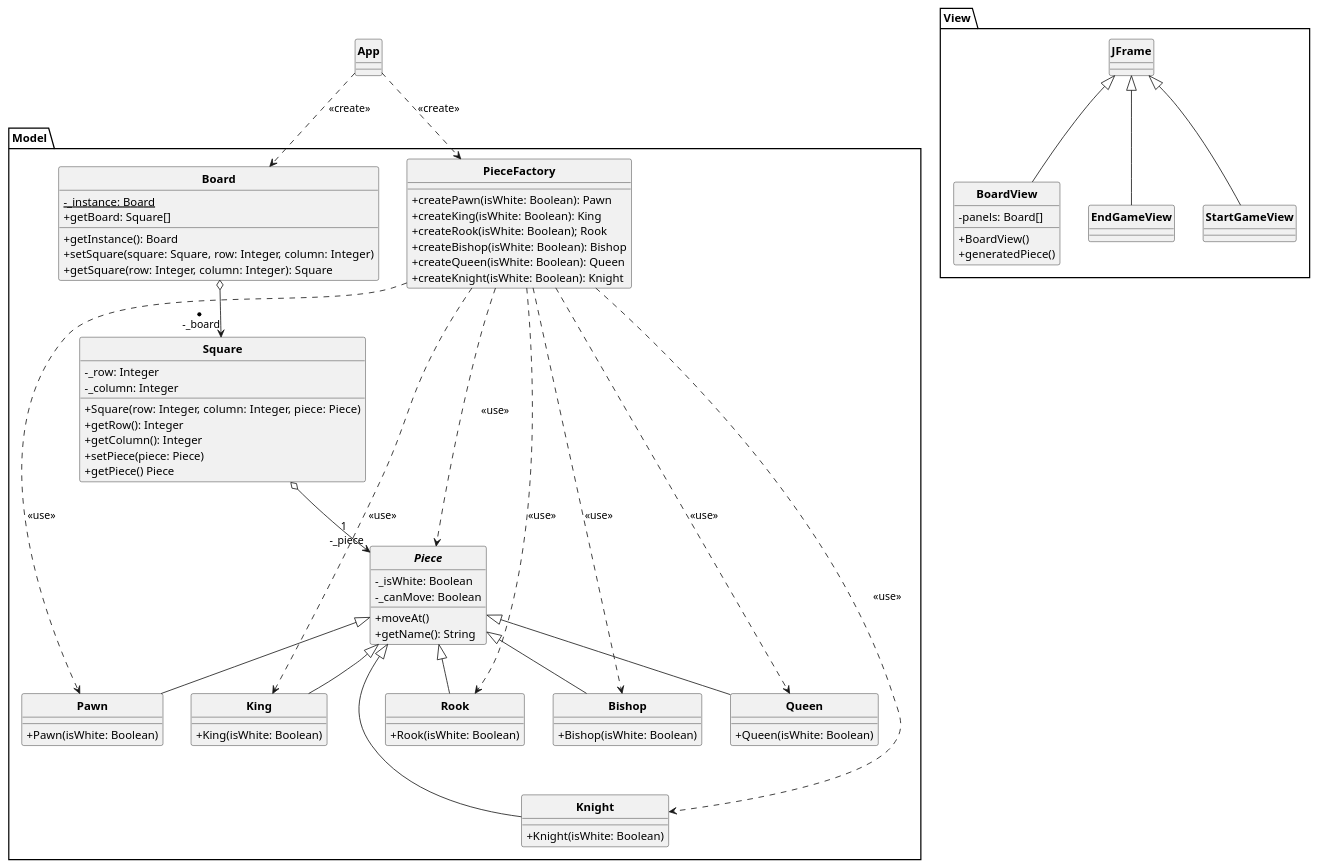
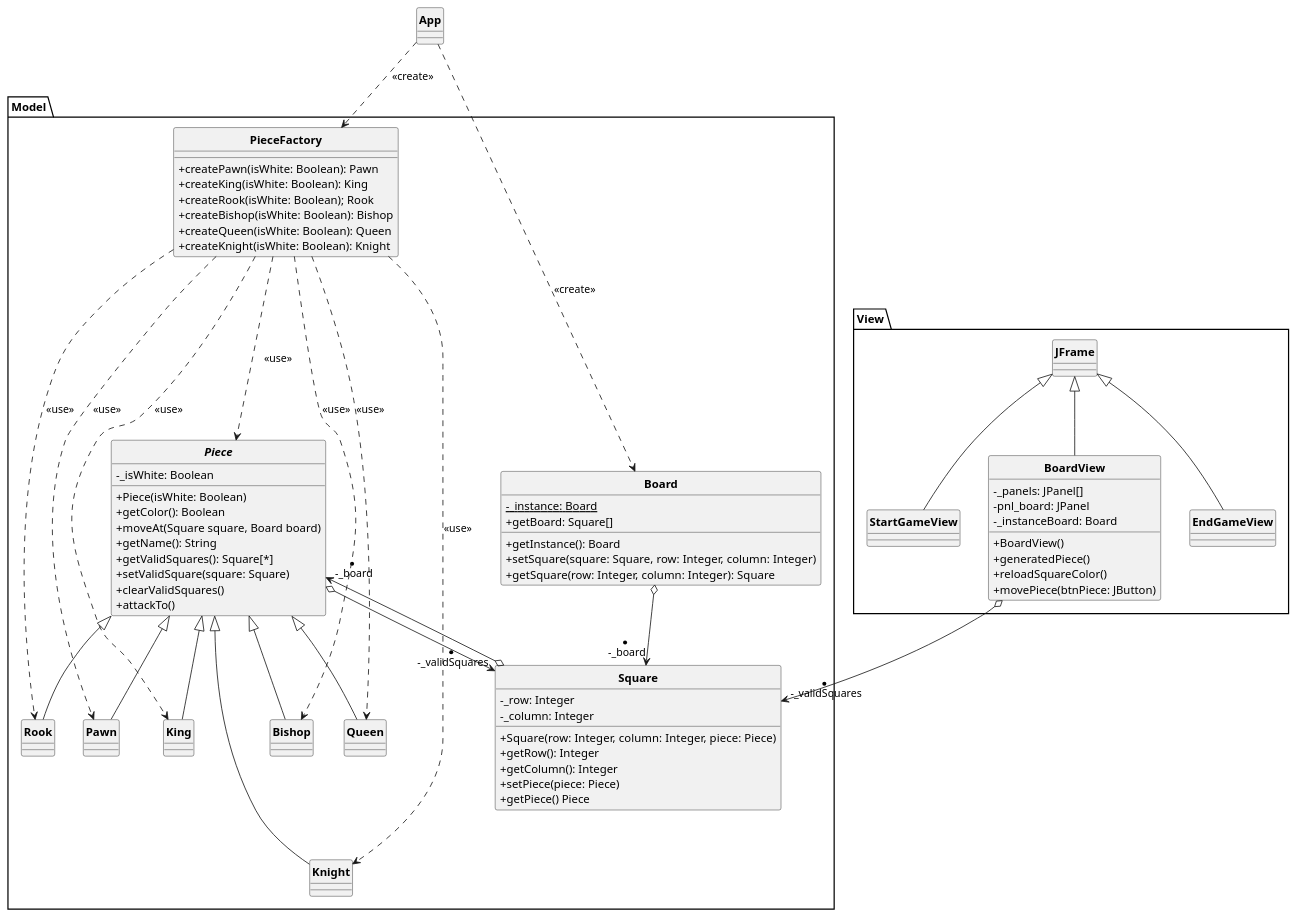
One commit to MaxDevelo/Chess-Game changed the diagram in UML/Chessgame.puml. Above: the diagram before and after it, drawn with PlantUML. The commit also changed 10 other files, not shown here.

Commit message:
Ajout des méthdoes dans la class Piece en UML et Ajout d'une méthode de déplacement dans la classe Pawn (afin de tester

```diff
--- a/UML/Chessgame.puml
+++ b/UML/Chessgame.puml
@@ -1,107 +1,111 @@
 @startuml
 
 skinparam style strictuml
 skinparam classAttributeIconSize 0
 skinparam classFontStyle Bold
 hide enum methods
 
 
 class App{
 
 }
 
 
 package Model{
     class Board{
     - _instance: Board {static}
     + getInstance(): Board
     + setSquare(square: Square, row: Integer, column: Integer)
     + getSquare(row: Integer, column: Integer): Square
     + getBoard: Square[]
     }
 
     class Square{
     - _row: Integer
     - _column: Integer
     + Square(row: Integer, column: Integer, piece: Piece)
     + getRow(): Integer
     + getColumn(): Integer
     + setPiece(piece: Piece)
     + getPiece() Piece
     }
 
     class PieceFactory{
     + createPawn(isWhite: Boolean): Pawn
     + createKing(isWhite: Boolean): King
     + createRook(isWhite: Boolean); Rook
     + createBishop(isWhite: Boolean): Bishop
     + createQueen(isWhite: Boolean): Queen
     + createKnight(isWhite: Boolean): Knight
     }
 
     abstract Piece{
     - _isWhite: Boolean
-    - _canMove: Boolean
-    + moveAt() 
+    + Piece(isWhite: Boolean)
+    + getColor(): Boolean
+    + moveAt(Square square, Board board)
     + getName(): String
+    + getValidSquares(): Square[*]
+    + setValidSquare(square: Square)
+    + clearValidSquares()
+    + attackTo()
     }
 
     class Pawn{
-    +  Pawn(isWhite: Boolean)
     }
 
     class King{
-     + King(isWhite: Boolean)
     }
 
     class Rook{
-    + Rook(isWhite: Boolean)
     }
 
     class Bishop{
-    + Bishop(isWhite: Boolean)
     }
 
     class Queen{
-    + Queen(isWhite: Boolean)
     }
 
     class Knight{
-    + Knight(isWhite: Boolean)
     }
 
 }
 
 package View{
 class StartGameView extends JFrame{
 
 }
 class  BoardView extends JFrame{
-    - panels: Board[]
+    - _panels: JPanel[]
+    - pnl_board: JPanel
+    - _instanceBoard: Board
     + BoardView()
     + generatedPiece()
+    + reloadSquareColor()
+    + movePiece(btnPiece: JButton)
 }
 class EndGameView extends JFrame{
 
 }
 }
-
-Square o--> "1 \n -_piece" Piece
+BoardView o--> "* \n -_validSquares" Square
+Square o--> "* \n -_board" Piece
 Board o--> "* \n -_board" Square
+Piece o--> "* \n -_validSquares" Square
 App ..> PieceFactory : <<create>>
 App ..> Board : <<create>>
 PieceFactory ...> Piece : <<use>>
 Pawn -u-|> Piece
 King -u-|> Piece
 Rook -u-|> Piece
 Bishop -u-|> Piece
 Queen -u-|> Piece
 Knight -u--|> Piece
 PieceFactory ..> Pawn : <<use>>
 PieceFactory ..> King : <<use>>
 PieceFactory ..> Rook : <<use>>
 PieceFactory ..> Bishop : <<use>>
 PieceFactory ..> Queen : <<use>>
 PieceFactory ..> Knight : <<use>>
 
 @enduml
```
